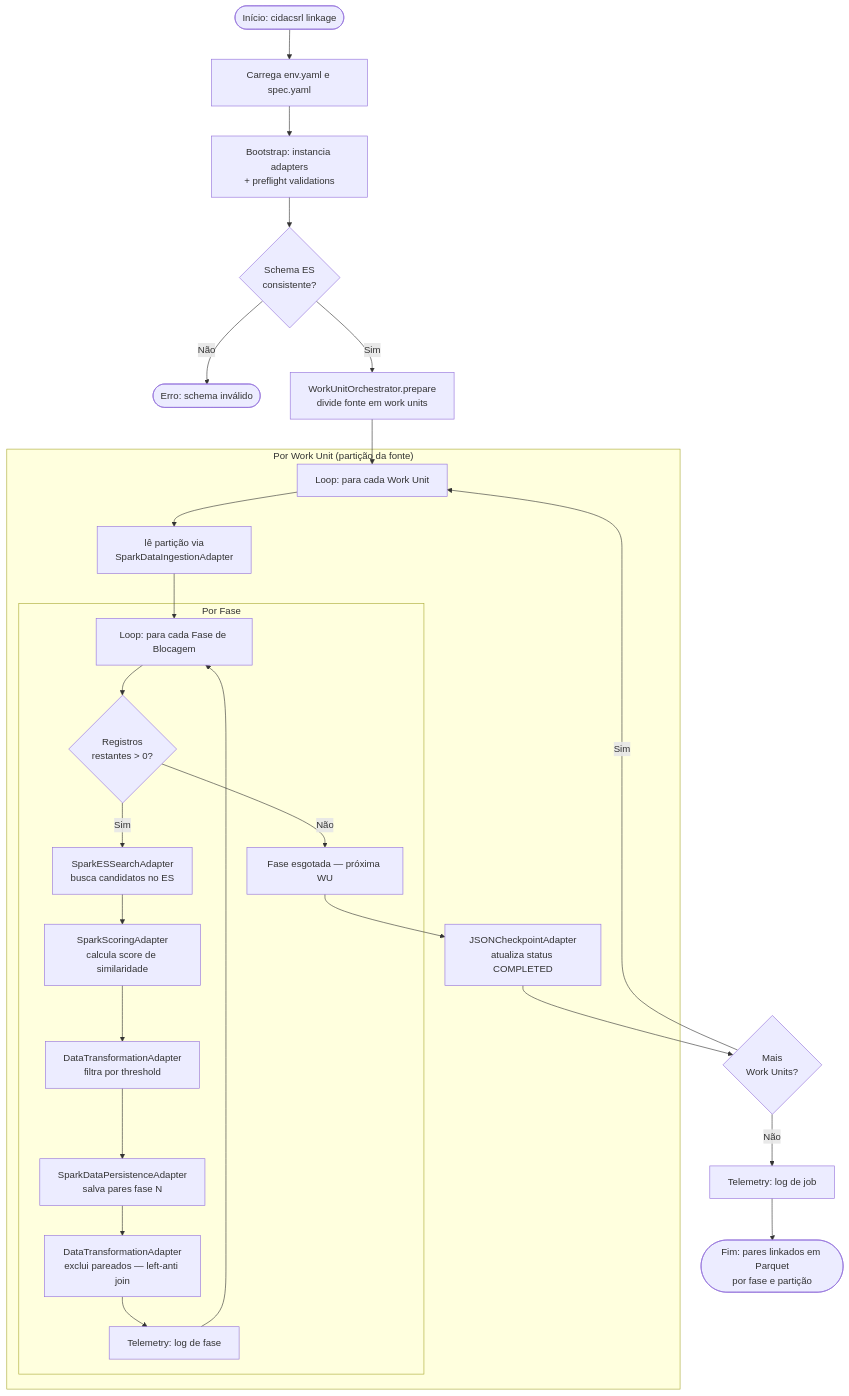
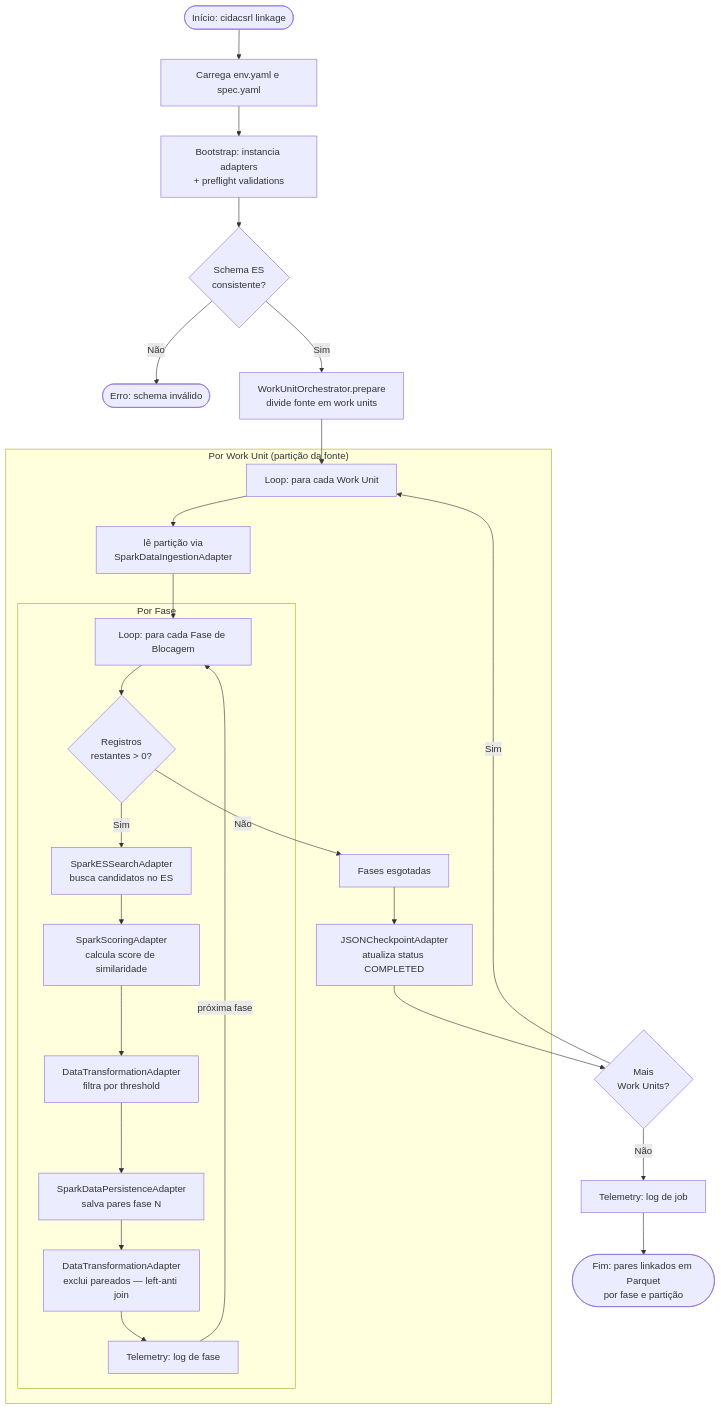
One commit to rafael-romao/cidacsrl changed the second of 6 diagrams in docs/architecture/execution-flows.md. Above: the diagram before and after it, drawn with Mermaid. The commit also changed 1 other file, not shown here.

Commit message:
docs: fix diagram

````diff
--- a/docs/architecture/execution-flows.md
+++ b/docs/architecture/execution-flows.md
@@ -29,33 +29,33 @@
 ```mermaid
 flowchart TD
     A([Início: cidacsrl linkage]) --> B[Carrega env.yaml e spec.yaml]
     B --> C[Bootstrap: instancia adapters\n+ preflight validations]
     C --> D{Schema ES\nconsistente?}
     D -- Não --> E([Erro: schema inválido])
     D -- Sim --> F[WorkUnitOrchestrator.prepare\ndivide fonte em work units]
     F --> G[Loop: para cada Work Unit]
 
     subgraph WU["Por Work Unit (partição da fonte)"]
         G --> H[lê partição via\nSparkDataIngestionAdapter]
         H --> I[Loop: para cada Fase de Blocagem]
 
         subgraph PHASE["Por Fase"]
             I --> J{Registros\nrestantes > 0?}
-            J -- Não --> K[Fase esgotada — próxima WU]
             J -- Sim --> L[SparkESSearchAdapter\nbusca candidatos no ES]
             L --> M[SparkScoringAdapter\ncalcula score de similaridade]
             M --> N[DataTransformationAdapter\nfiltra por threshold]
             N --> O[SparkDataPersistenceAdapter\nsalva pares fase N]
             O --> P[DataTransformationAdapter\nexclui pareados — left-anti join]
             P --> Q[Telemetry: log de fase]
-            Q --> I
+            Q -->|"próxima fase"| I
         end
 
+        J -- Não --> K[Fases esgotadas]
         K --> R[JSONCheckpointAdapter\natualiza status COMPLETED]
     end
 
     R --> S{Mais\nWork Units?}
     S -- Sim --> G
     S -- Não --> T[Telemetry: log de job]
     T --> U([Fim: pares linkados em Parquet\npor fase e partição])
 ```
````
